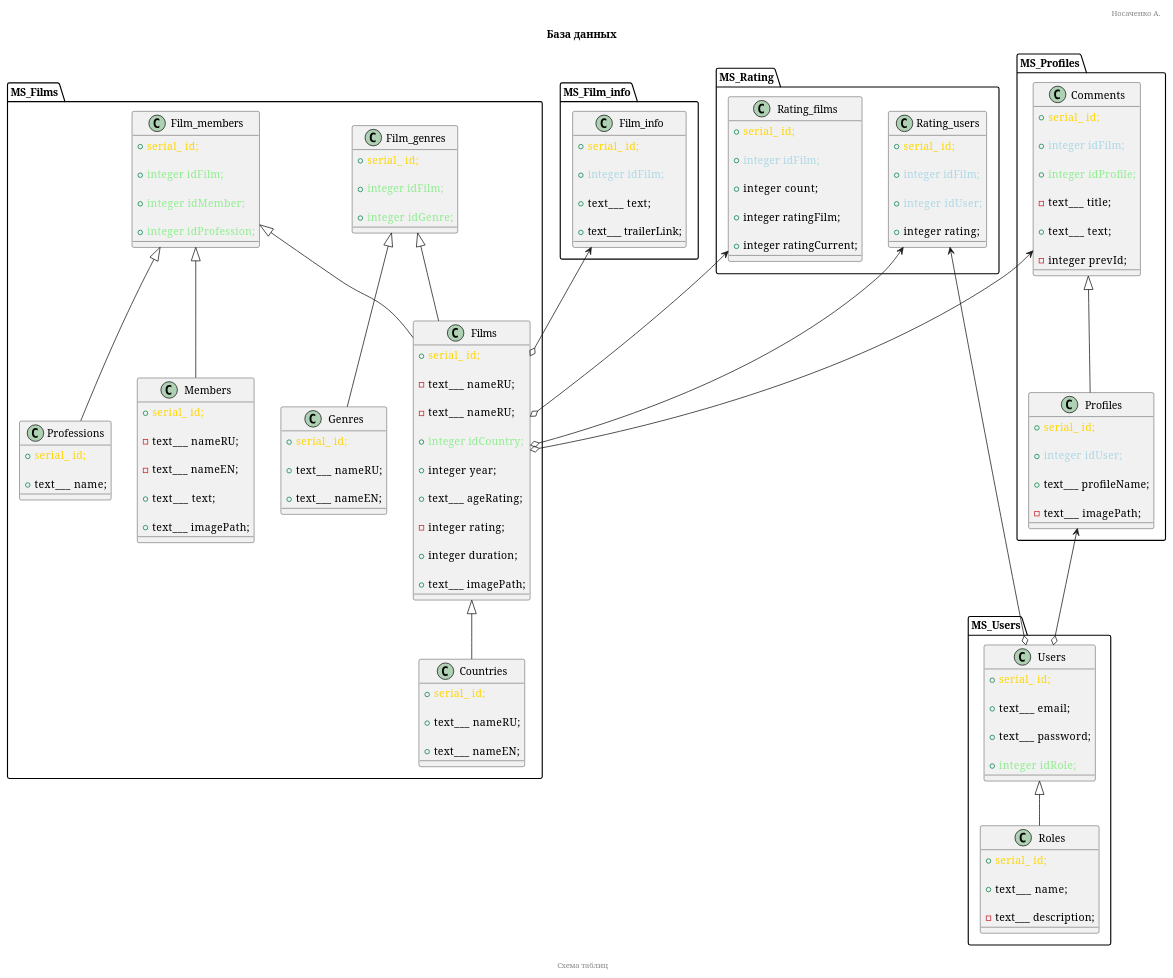
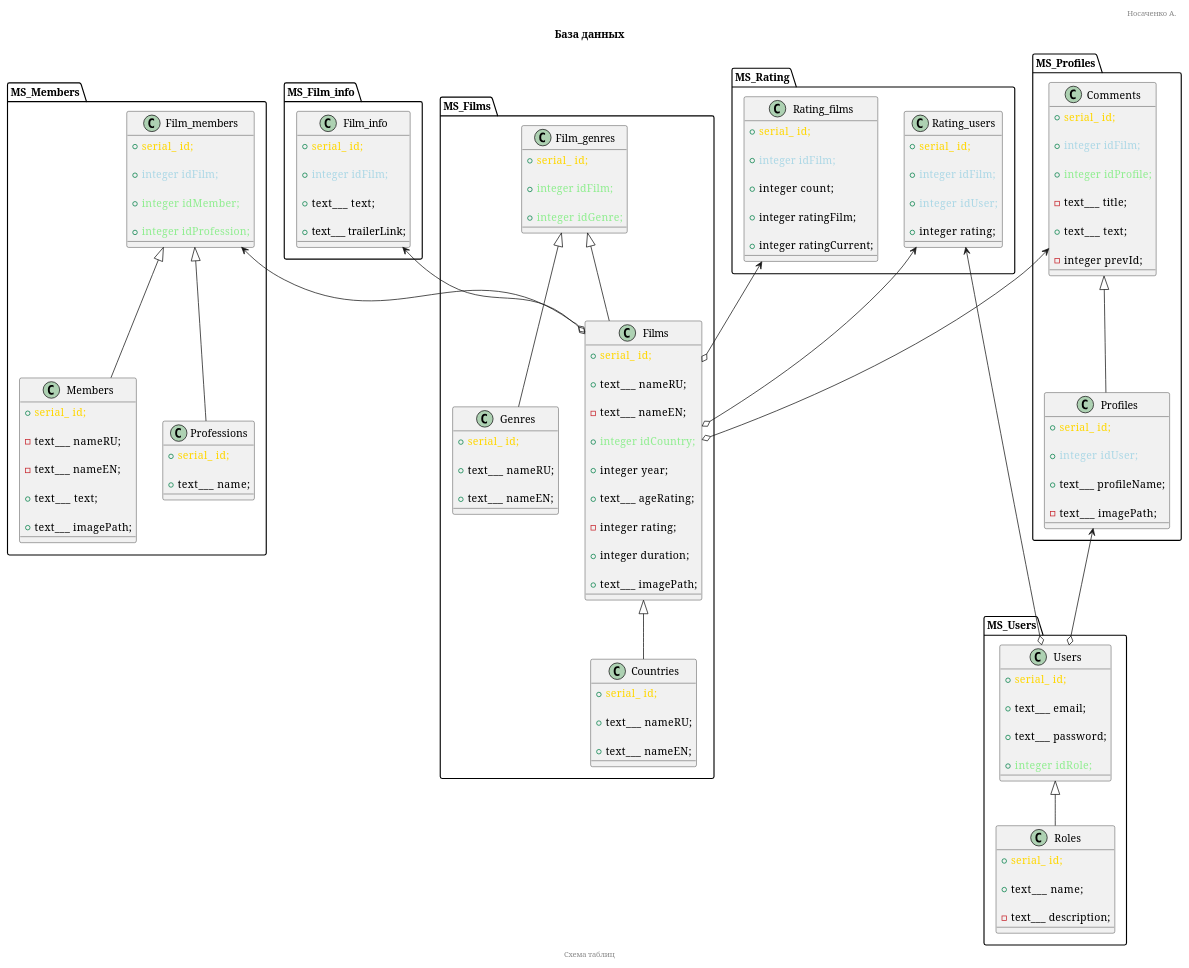
Before and after one commit to Keronon/__learnjs_Project_A: the diagram in DB_struct.plantuml, drawn with PlantUML. The commit also changed 2 other files, not shown here.

```diff
--- a/DB_struct.plantuml
+++ b/DB_struct.plantuml
@@ -3,7 +3,7 @@
 
 title  База данных
 header Носаченко А.
-footer \n Схема таблиц
+footer Схема таблиц
 
 skinparam defaultFontName VL Gothic
 
@@ -13,15 +13,56 @@
 ' = = = = = = = =
 
 
+namespace MS_Members {
+
+class Film_members
+{
+  + <font color="gold"      >serial_   id;
+
+  + <font color="lightblue" >integer   idFilm;
+
+  + <font color="lightgreen">integer   idMember;
+
+  + <font color="lightgreen">integer   idProfession;
+}
+
+class Members
+{
+  + <font color="gold"      >serial_   id;
+
+  - text___   nameRU;
+
+  - text___   nameEN;
+
+  + text___   text;
+
+  + text___   imagePath;
+}
+
+class Professions
+{
+  + <font color="gold"      >serial_   id;
+
+  + text___   name;
+}
+
+}
+
+
+' = = = = = = = =
+' = = = MiS = = =
+' = = = = = = = =
+
+
 namespace MS_Films {
 
 class Films
 {
   + <font color="gold"      >serial_   id;
 
-  - text___   nameRU;
+  + text___   nameRU;
 
-  - text___   nameRU;
+  - text___   nameEN;
 
   + <font color="lightgreen">integer   idCountry;
 
@@ -63,35 +104,25 @@
   + text___   nameEN;
 }
 
-class Film_members
+}
+
+
+' = = = = = = = =
+' = = = MiS = = =
+' = = = = = = = =
+
+
+namespace MS_Film_info {
+
+class Film_info
 {
   + <font color="gold"      >serial_   id;
 
-  + <font color="lightgreen">integer   idFilm;
-
-  + <font color="lightgreen">integer   idMember;
-
-  + <font color="lightgreen">integer   idProfession;
-}
-
-class Members
-{
-  + <font color="gold"      >serial_   id;
-
-  - text___   nameRU;
-
-  - text___   nameEN;
+  + <font color="lightblue" >integer   idFilm;
 
   + text___   text;
 
-  + text___   imagePath;
-}
-
-class Professions
-{
-  + <font color="gold"      >serial_   id;
-
-  + text___   name;
+  + text___   trailerLink;
 }
 
 }
@@ -126,27 +157,6 @@
   + <font color="lightblue" >integer   idUser;
 
   + integer   rating;
-}
-
-}
-
-
-' = = = = = = = =
-' = = = MiS = = =
-' = = = = = = = =
-
-
-namespace MS_Film_info {
-
-class Film_info
-{
-  + <font color="gold"      >serial_   id;
-
-  + <font color="lightblue" >integer   idFilm;
-
-  + text___   text;
-
-  + text___   trailerLink;
 }
 
 }
@@ -223,14 +233,15 @@
 ' = = = = = = = =
 
 
+Film_members <|-- Members
+Film_members <|-- Professions
+
 Films        <|-- Countries
 Film_genres  <|-- Films
 Film_genres  <|-- Genres
-Film_members <|-- Films
-Film_members <|-- Members
-Film_members <|-- Professions
 
 Comments     <|-- Profiles
+
 Users        <|-- Roles
 
 
@@ -239,12 +250,16 @@
 ' = = = = = = = =
 
 
+Film_members <--o Films
+
 Film_info    <--o Films
+
 Rating_films <--o Films
 Rating_users <--o Films
 Rating_users <--o Users
 
 Comments     <--o Films
+
 Profiles     <--o Users
 
 
```
